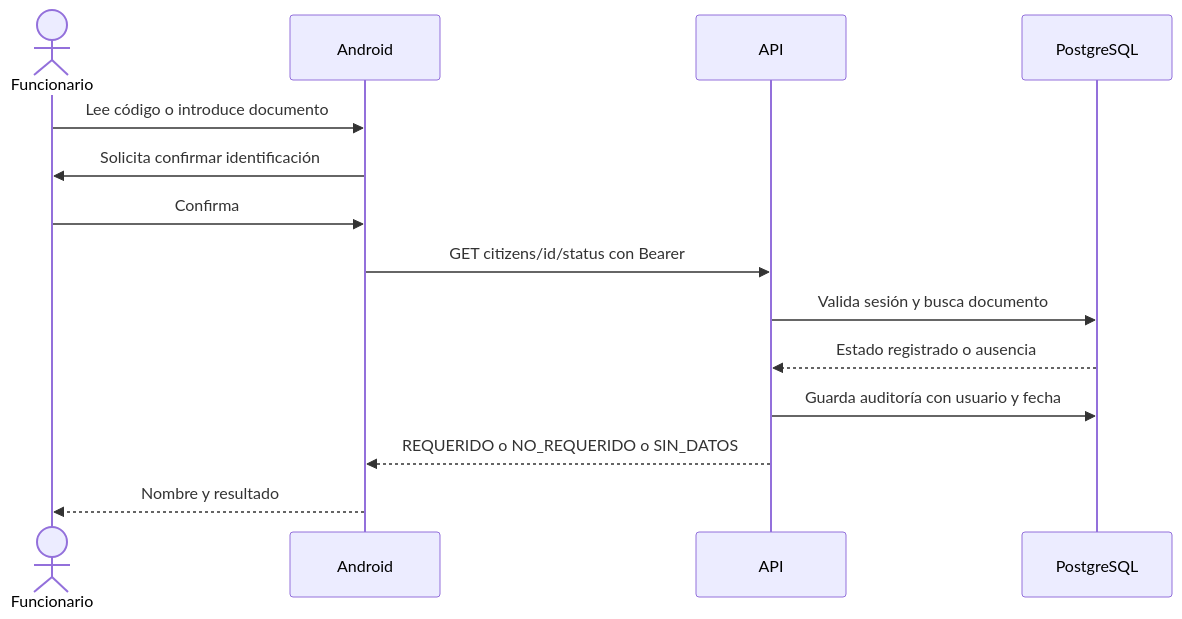
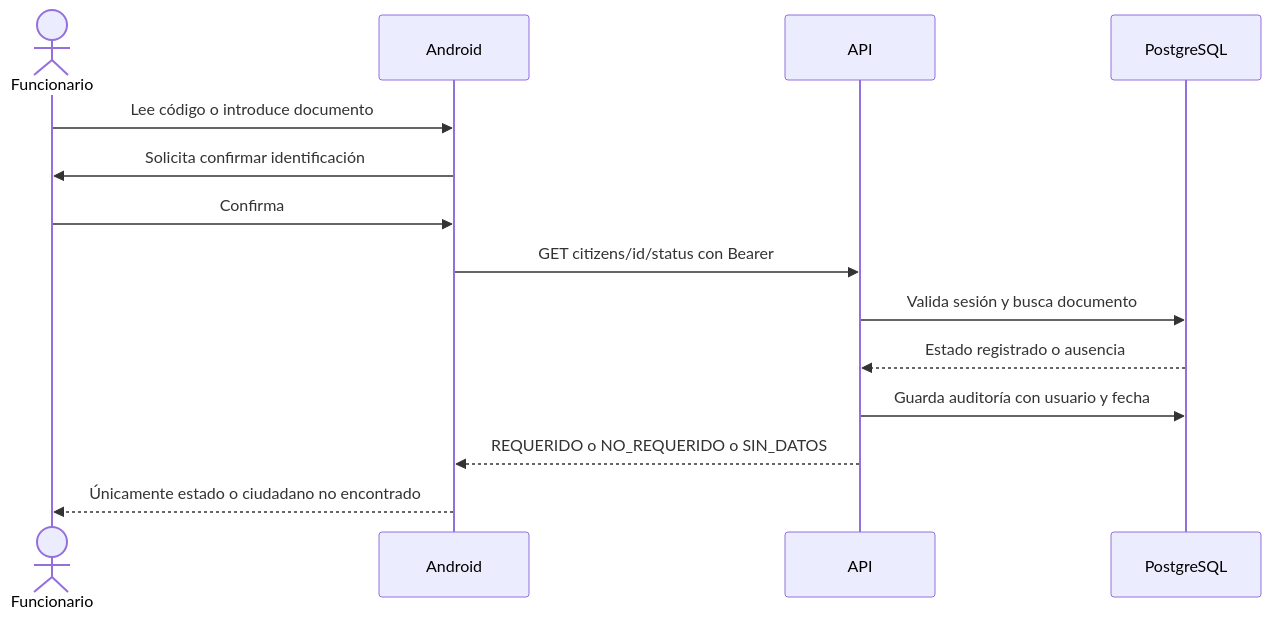
The fourth of 4 diagrams in docs/proyecto/diagramas.md (Alejandro-LP/CIVIS), drawn with Mermaid before and after one commit. The commit also changed 11 other files, not shown here.

````diff
--- a/docs/proyecto/diagramas.md
+++ b/docs/proyecto/diagramas.md
@@ -93,16 +93,16 @@
 ```mermaid
 sequenceDiagram
     actor F as Funcionario
     participant M as Android
     participant A as API
     participant D as PostgreSQL
     F->>M: Lee código o introduce documento
     M->>F: Solicita confirmar identificación
     F->>M: Confirma
     M->>A: GET citizens/id/status con Bearer
     A->>D: Valida sesión y busca documento
     D-->>A: Estado registrado o ausencia
     A->>D: Guarda auditoría con usuario y fecha
     A-->>M: REQUERIDO o NO_REQUERIDO o SIN_DATOS
-    M-->>F: Nombre y resultado
+    M-->>F: Únicamente estado o ciudadano no encontrado
 ```
````
